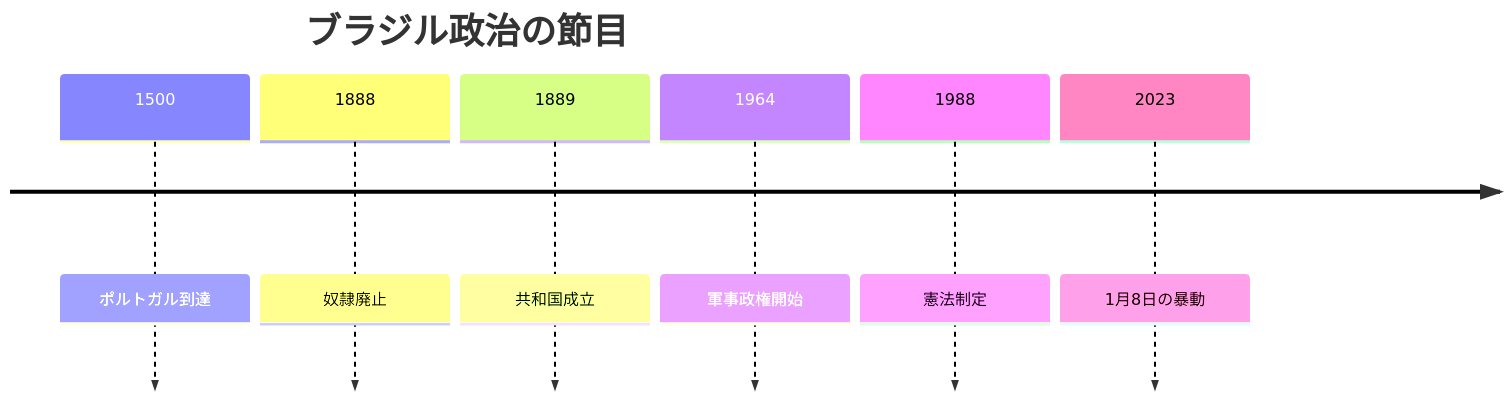
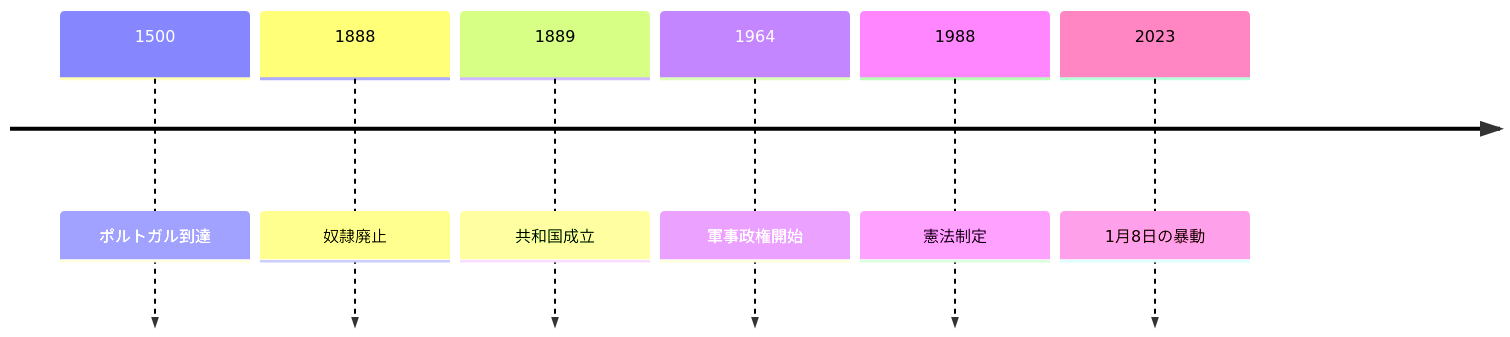
Before and after one commit to daylight55/research: the second of 4 diagrams in articles/report/brazil-geopolitical-profile/ja/index.mdx, drawn with Mermaid. The commit also changed other lines of this file and 181 other files, not shown here.

First line of the commit message:
全記事の図解368点を再生成し、共通注意書きを削除 (#402)

````diff
--- a/articles/report/brazil-geopolitical-profile/ja/index.mdx
+++ b/articles/report/brazil-geopolitical-profile/ja/index.mdx
@@ -47,10 +53,13 @@
 ```mermaid
 timeline
-  title ブラジル政治の節目
+  accTitle: ブラジルの国家形成と民主制の節目
+  accDescr: 植民地化、奴隷制廃止、共和制、軍政、憲法制定、民主制度への攻撃を年代順に並べる。
+  accTitle: ブラジルの国家形成と民主制の節目
+  accDescr: 植民地化、奴隷制廃止、共和制、軍政、憲法制定、民主制度への攻撃を年代順に並べる。
   1500 : ポルトガル到達
   1888 : 奴隷廃止
   1889 : 共和国成立
   1964 : 軍事政権開始
   1988 : 憲法制定
   2023 : 1月8日の暴動
 ```
````
